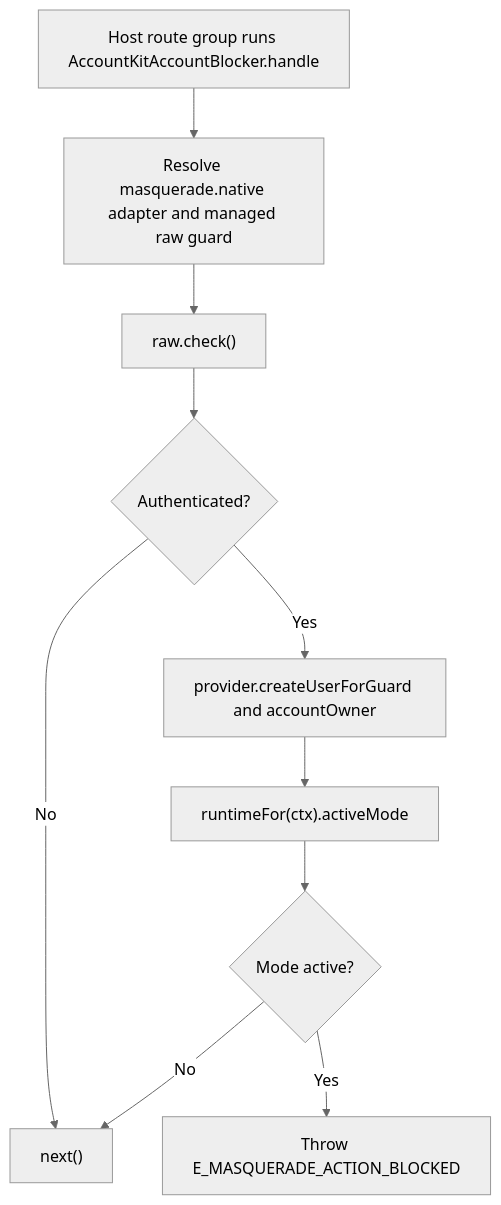
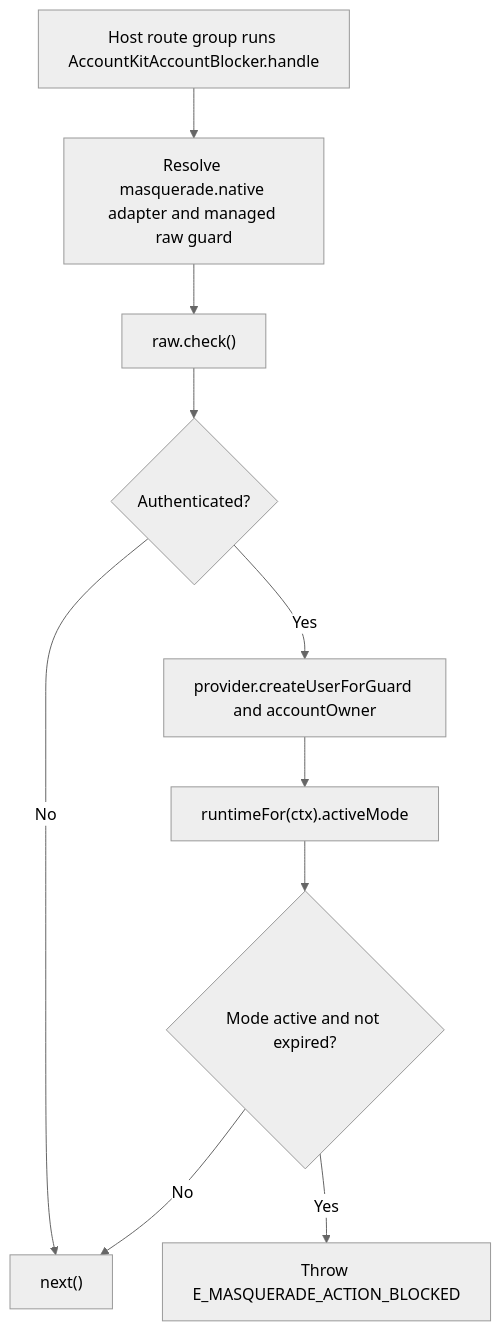
Before and after one commit to Kevinjohn/oss-adonisjs-masquerade: the second of 2 diagrams in user-stories/protect-native-account/us-account-01-protect-native-account.md, drawn with Mermaid (neutral theme). The commit also changed other lines of this file and 26 other files, not shown here.

````diff
--- a/user-stories/protect-native-account/us-account-01-protect-native-account.md
+++ b/user-stories/protect-native-account/us-account-01-protect-native-account.md
@@ -36,12 +36,12 @@
 ```mermaid
 flowchart TD
     A["Host route group runs AccountKitAccountBlocker.handle"] --> B["Resolve masquerade.native adapter and managed raw guard"]
     B --> C["raw.check()"]
     C --> D{"Authenticated?"}
     D -->|No| E["next()"]
     D -->|Yes| F["provider.createUserForGuard and accountOwner"]
     F --> G["runtimeFor(ctx).activeMode"]
-    G --> H{"Mode active?"}
+    G --> H{"Mode active and not expired?"}
     H -->|Yes| I["Throw E_MASQUERADE_ACTION_BLOCKED"]
     H -->|No| E
 ```
````
